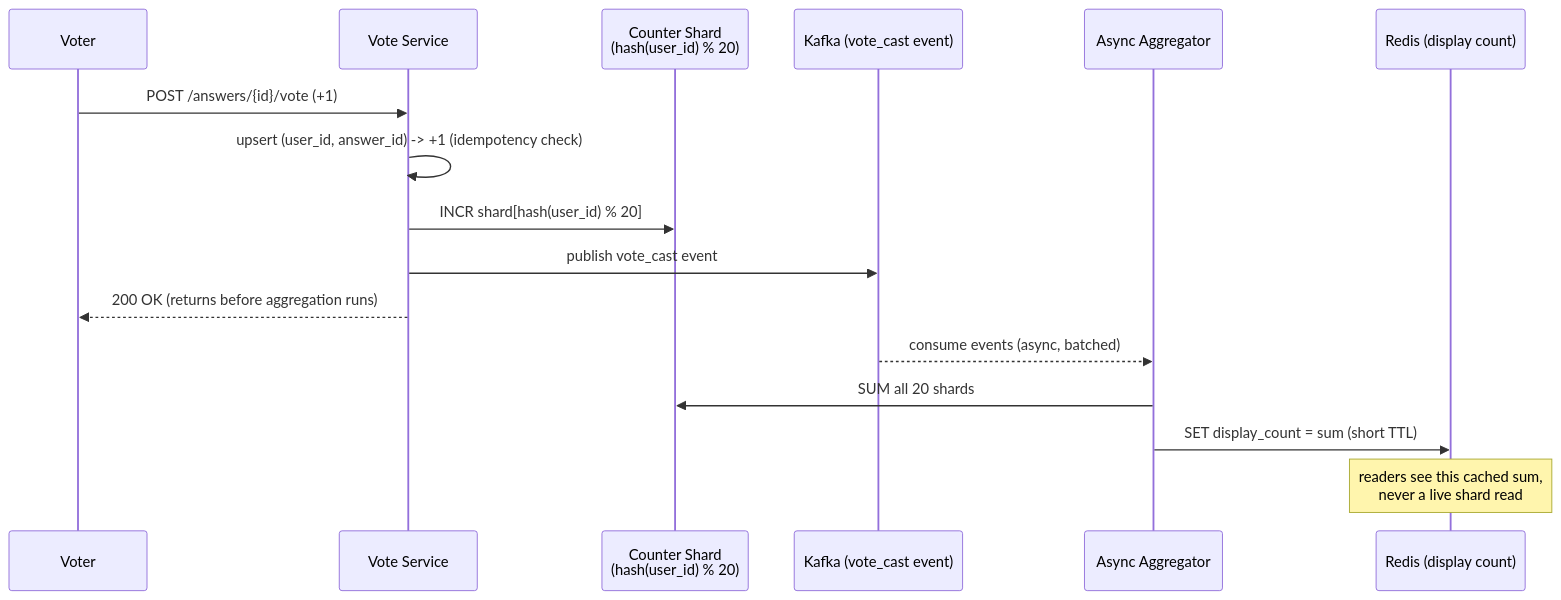
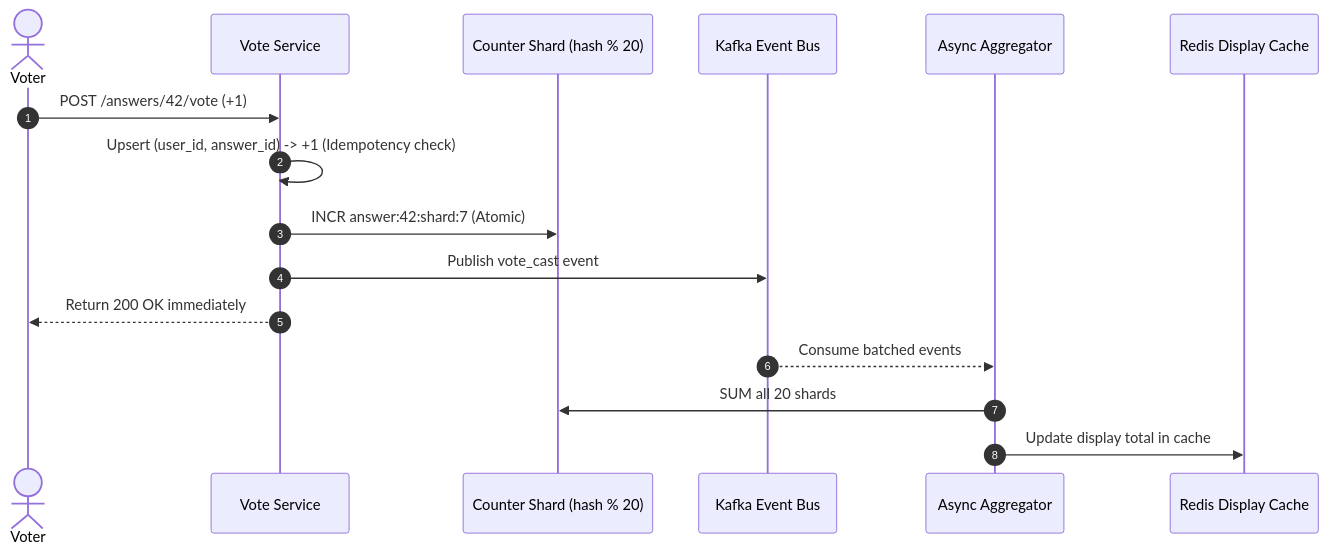
Before and after one commit to riyaz-pasha/Learnings: the tenth of 18 diagrams in system-design/HLD/0-course/27-Design Quora-FAANG-Guide.md, drawn with Mermaid. The commit also changed other lines of this file and 1 other file, not shown here.

Commit message:
docs: simplify language, expand examples, and fix mermaid diagrams in Quora guide

````diff
--- a/system-design/HLD/0-course/27-Design Quora-FAANG-Guide.md
+++ b/system-design/HLD/0-course/27-Design Quora-FAANG-Guide.md
@@ -463,19 +518,20 @@
 ```mermaid
 sequenceDiagram
-    participant U as Voter
+    autonumber
+    actor U as Voter
     participant VS as Vote Service
-    participant Shard as Counter Shard<br/>(hash(user_id) % 20)
-    participant Q as Kafka (vote_cast event)
+    participant Shard as Counter Shard (hash % 20)
+    participant Q as Kafka Event Bus
     participant Agg as Async Aggregator
-    participant Cache as Redis (display count)
+    participant Cache as Redis Display Cache
 
-    U->>VS: POST /answers/{id}/vote (+1)
-    VS->>VS: upsert (user_id, answer_id) -> +1 (idempotency check)
-    VS->>Shard: INCR shard[hash(user_id) % 20]
-    VS->>Q: publish vote_cast event
-    VS-->>U: 200 OK (returns before aggregation runs)
-    Q-->>Agg: consume events (async, batched)
+    U->>VS: POST /answers/42/vote (+1)
+    VS->>VS: Upsert (user_id, answer_id) -> +1 (Idempotency check)
+    VS->>Shard: INCR answer:42:shard:7 (Atomic)
+    VS->>Q: Publish vote_cast event
+    VS-->>U: Return 200 OK immediately
+    
+    Q-->>Agg: Consume batched events
     Agg->>Shard: SUM all 20 shards
-    Agg->>Cache: SET display_count = sum (short TTL)
-    Note over Cache: readers see this cached sum,<br/>never a live shard read
+    Agg->>Cache: Update display total in cache
 ```
````
